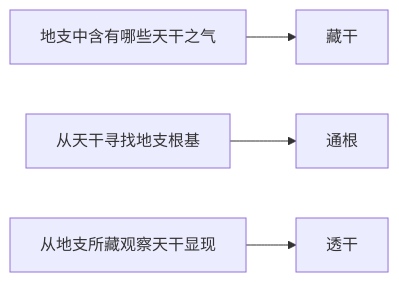
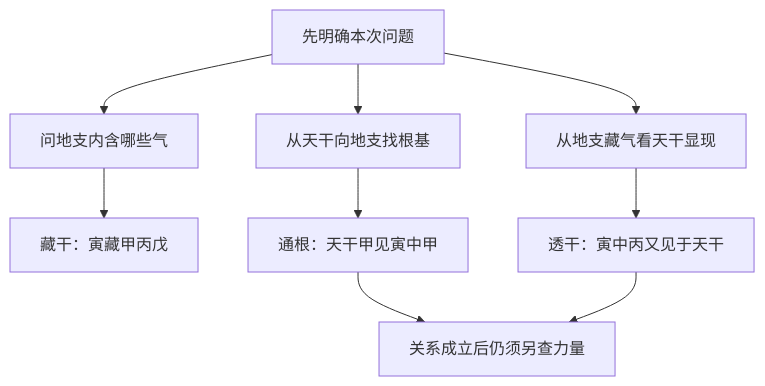
Before and after one commit to bamboosjtu/bamboosjtu.github.io: the diagram in knowledge/traditional/ziping.md, drawn with Mermaid. The commit also changed other lines of this file and 11 other files, not shown here.

Commit message:
Expand eleven Ziping study chapters with diagrams and direct chapter index

````diff
--- a/knowledge/traditional/ziping.md
+++ b/knowledge/traditional/ziping.md
@@ -14,6 +27,11 @@
 ```mermaid
-flowchart LR
-  A[地支中含有哪些天干之气] --> B[藏干]
-  C[从天干寻找地支根基] --> D[通根]
-  E[从地支所藏观察天干显现] --> F[透干]
+flowchart TD
+  A["先明确本次问题"] --> B["问地支内含哪些气"]
+  A --> C["从天干向地支找根基"]
+  A --> D["从地支藏气看天干显现"]
+  B --> E["藏干：寅藏甲丙戊"]
+  C --> F["通根：天干甲见寅中甲"]
+  D --> G["透干：寅中丙又见于天干"]
+  F --> H["关系成立后仍须另查力量"]
+  G --> H
 ```
````
